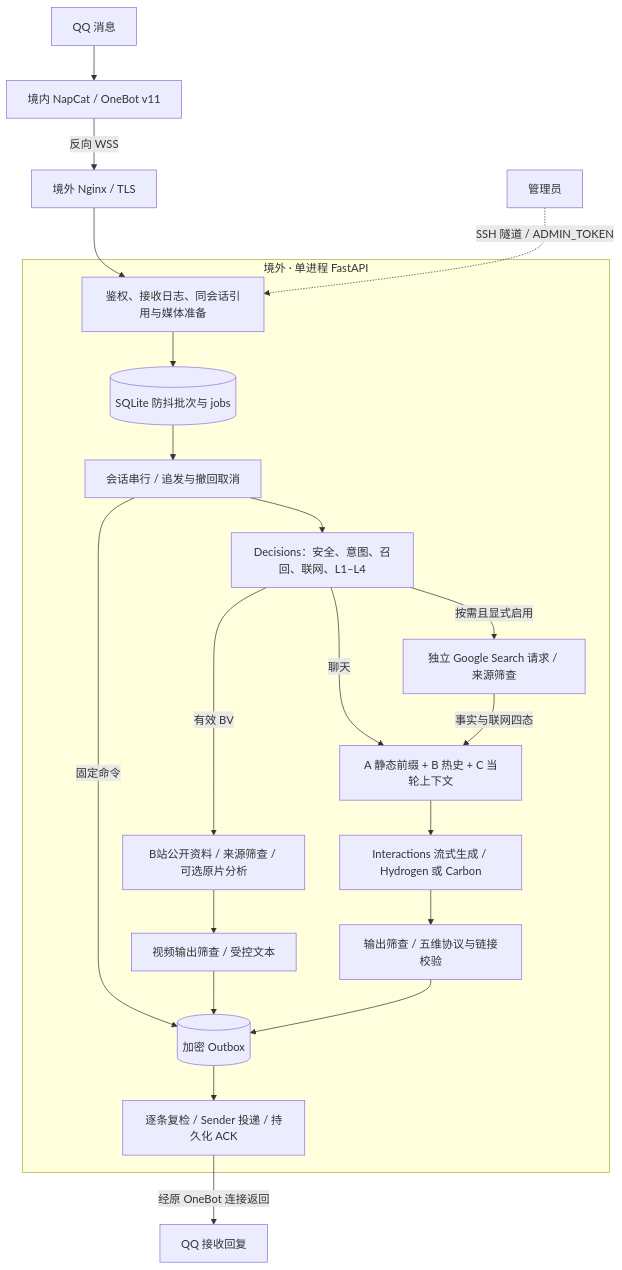
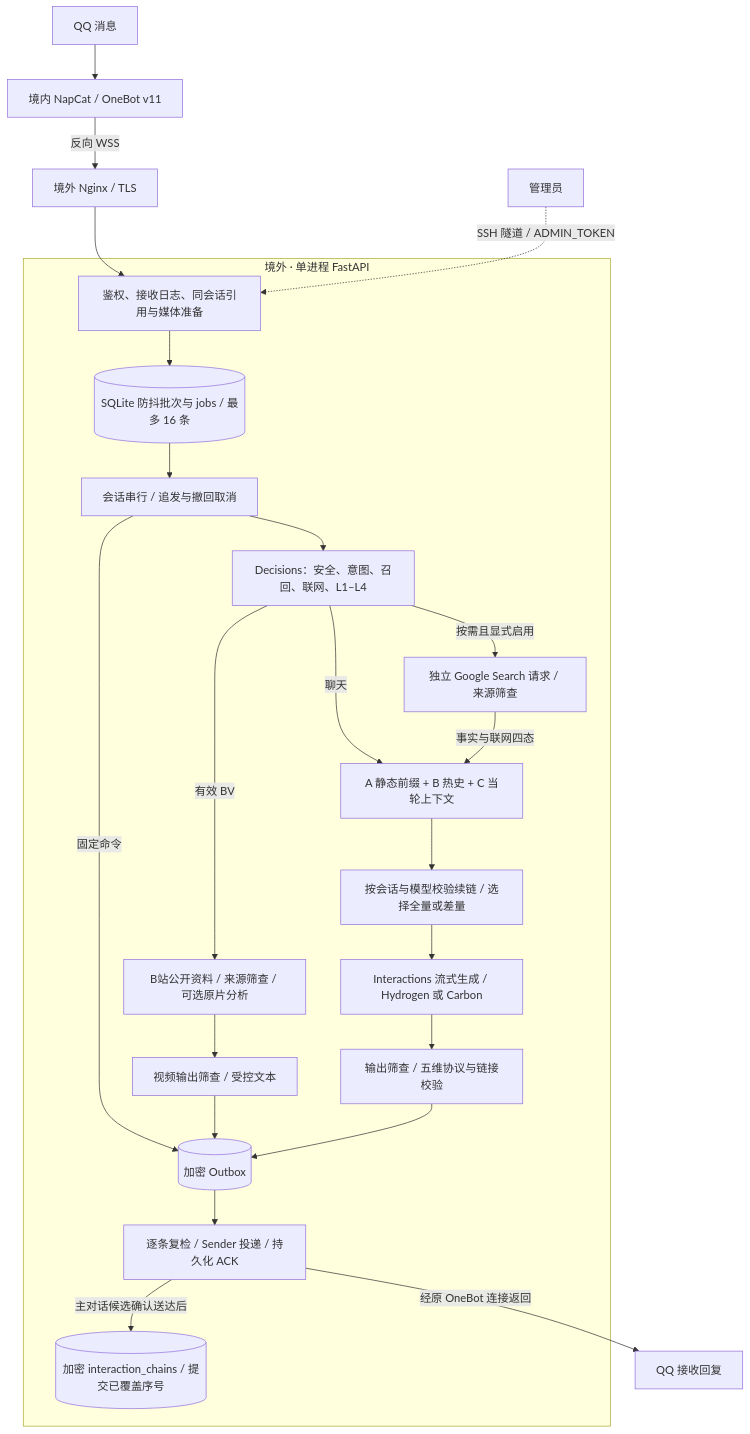
The diagram in README.md (FireOpalus/hakimi-surf), drawn with Mermaid before and after one commit. The commit also changed other lines of this file and 1 other file, not shown here.

Commit message:
Update architecture diagrams for v1.1.4 interaction chaining

````diff
--- a/README.md
+++ b/README.md
@@ -148,27 +148,29 @@
 ```mermaid
 flowchart TD
   QQ[QQ 消息] --> NapCat[境内 NapCat / OneBot v11]
   NapCat -->|反向 WSS| Nginx[境外 Nginx / TLS]
   Nginx --> Ingress
   Admin[管理员] -.SSH 隧道 / ADMIN_TOKEN.-> Ingress
 
   subgraph Backend[境外 · 单进程 FastAPI]
     Ingress[鉴权、接收日志、同会话引用与媒体准备]
-    Ingress --> Queue[(SQLite 防抖批次与 jobs)]
+    Ingress --> Queue[(SQLite 防抖批次与 jobs / 最多 16 条)]
     Queue --> Serial[会话串行 / 追发与撤回取消]
     Serial -->|固定命令| Outbox
     Serial --> Gate[Decisions：安全、意图、召回、联网、L1–L4]
     Gate -->|聊天| Context[A 静态前缀 + B 热史 + C 当轮上下文]
     Gate -->|按需且显式启用| Search[独立 Google Search 请求 / 来源筛查]
     Search -->|事实与联网四态| Context
     Gate -->|有效 BV| Video[B站公开资料 / 来源筛查 / 可选原片分析]
-    Context --> Chat[Interactions 流式生成 / Hydrogen 或 Carbon]
+    Context --> Chain[按会话与模型校验续链 / 选择全量或差量]
+    Chain --> Chat[Interactions 流式生成 / Hydrogen 或 Carbon]
     Chat --> OutputGate[输出筛查 / 五维协议与链接校验]
     Video --> VideoOutput[视频输出筛查 / 受控文本]
     VideoOutput --> Outbox
     OutputGate --> Outbox[(加密 Outbox)]
     Outbox --> Delivery[逐条复检 / Sender 投递 / 持久化 ACK]
+    Delivery -->|主对话候选确认送达后| ChainStore[(加密 interaction_chains / 提交已覆盖序号)]
   end
 
   Delivery -->|经原 OneBot 连接返回| Reply[QQ 接收回复]
 ```
````
